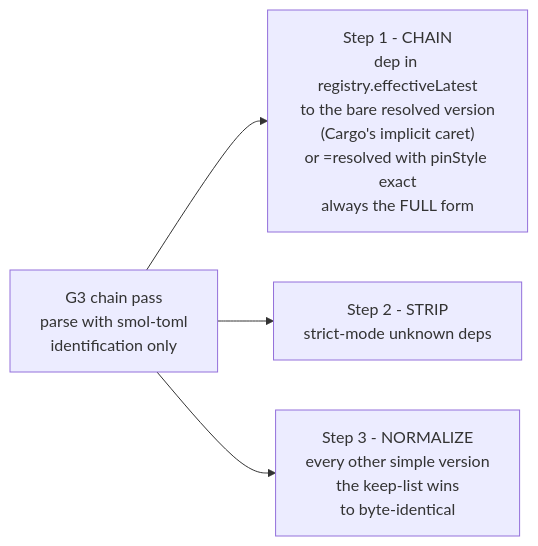
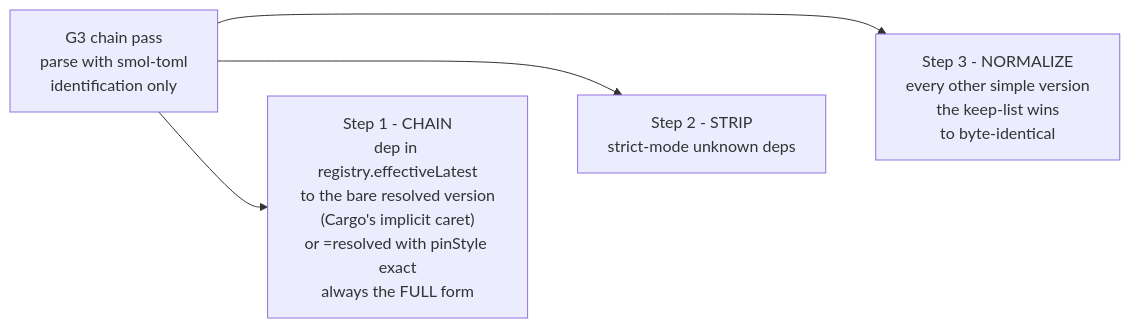
Before and after one commit to PlayForm/Site-DeepSeek: the diagram in Source/Content/Mermaid/govcargo-chain-pass.mmd, drawn with Mermaid. The commit also changed 19 other files, not shown here.

```diff
--- a/Source/Content/Mermaid/govcargo-chain-pass.mmd
+++ b/Source/Content/Mermaid/govcargo-chain-pass.mmd
@@ -1,8 +1,13 @@
 flowchart LR
 	G3["G3 chain pass<br/>parse with smol-toml<br/>identification only"]
 	S1["Step 1 - CHAIN<br/>dep in registry.effectiveLatest<br/>to the bare resolved version<br/>(Cargo's implicit caret)<br/>or =resolved with pinStyle exact<br/>always the FULL form"]
 	S2["Step 2 - STRIP<br/>strict-mode unknown deps"]
 	S3["Step 3 - NORMALIZE<br/>every other simple version<br/>the keep-list wins<br/>to byte-identical"]
 	G3 --> S1
 	G3 --> S2
 	G3 --> S3
+	%% Invisible layout links only - no semantics. They stagger the three
+	%% planned steps into successive left-to-right columns so the fan-out
+	%% renders as a wide horizontal band instead of a tall vertical stack.
+	S1 ~~~ S2
+	S2 ~~~ S3
```
